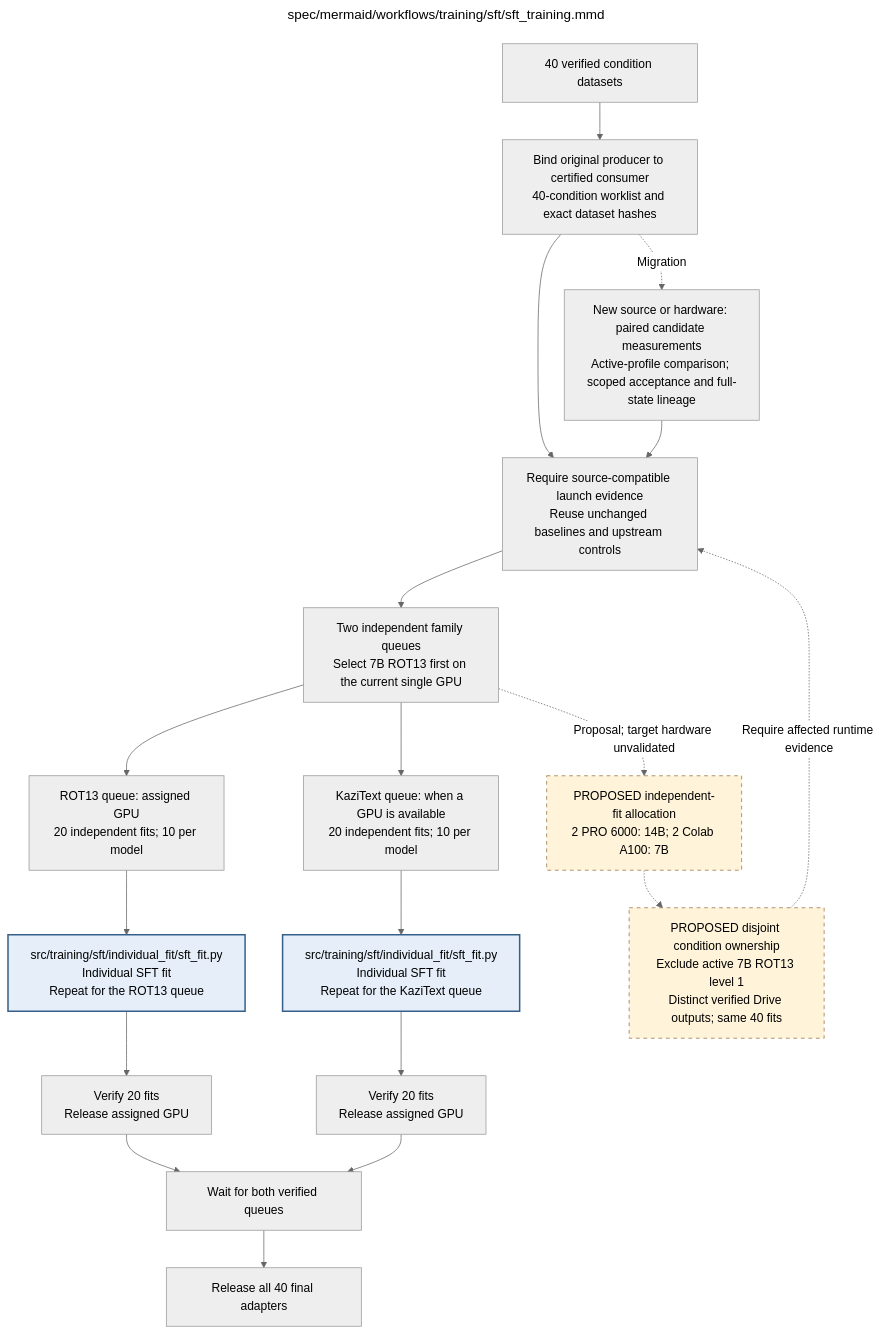
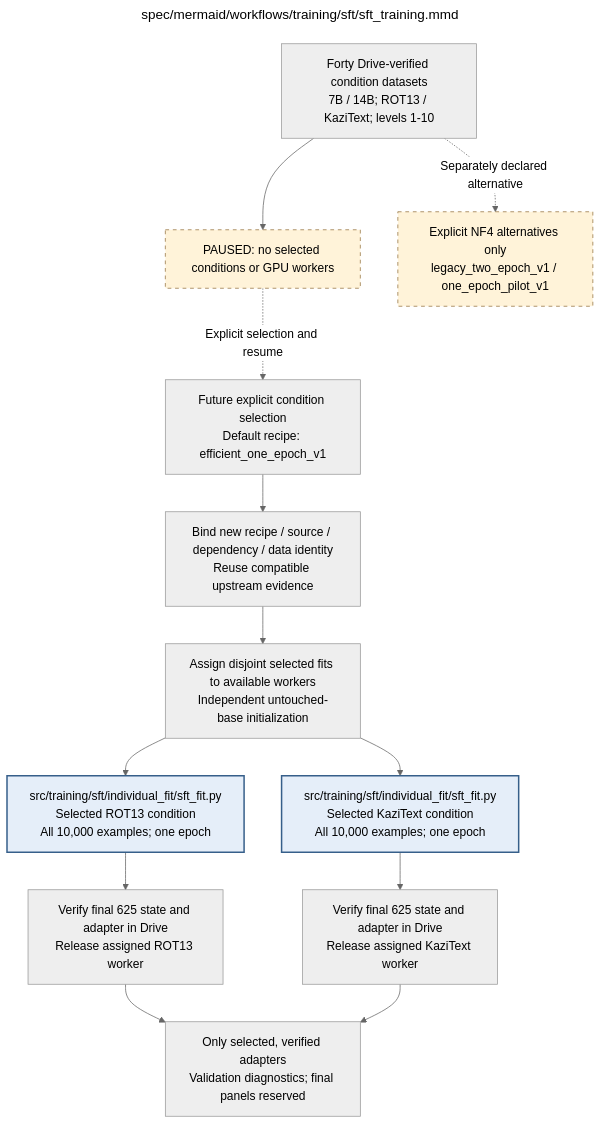
The diagram in docs/modules/training/sft/sft_training.md (AJUNNYC/inducing_persistent_textual_chain_of_thought_illegibility), drawn with Mermaid (neutral theme) before and after one commit. The commit also changed other lines of this file and 30 other files, not shown here.

Commit message:
Integrate final SFT decisions into protocol PDF, diagrams and documentation

````diff
--- a/docs/modules/training/sft/sft_training.md
+++ b/docs/modules/training/sft/sft_training.md
@@ -74,67 +83,43 @@
 ```mermaid
 ---
 title: "spec/mermaid/workflows/training/sft/sft_training.mmd"
 ---
 flowchart TD
-%% SFT training schedule
-%% Edit quoted node labels directly; this is native Mermaid source.
-%% Source 05f42b0 recovery accepted no recomputation only for 7B ROT13 level 1 on RTX PRO 6000 Blackwell 96GB.
-%% CUDA input caching failed speed; other conditions retain the original execution defaults.
-%% CE defaults to spatial_ce; source 6d21fff flat/fused forward candidates failed numerical bounds.
-%% Source 218900d accepted stock spatial forward/tiled backward only for 7B ROT13 level 1 on Blackwell96GB.
-%% Historical source 218900d inherited step 401 with preserved parent checkpoints and verified Drive state.
-%% Source a6e3295 accepted spatial_scheduled_ce for the same selected condition; serial FP32 forward order retained.
-%% Two counterbalanced step-509 pairs passed bitwise state/RNG and additional 24.70-24.98% median time reduction.
-%% Historical a6e3295 lineage began at step 509 with preserved parent bytes.
-%% Final source 07f8a68 copy-removal trial passed bitwise state/RNG but failed speed; rejected.
-%% Resume accepted a6e3295 from step 673 in the same existing lineage; no new migration.
-%% Optimization rounds are closed; all scientific settings and 40 planned fits are retained.
-%% PROPOSED only: two PRO 6000 workers for 14B and two Colab A100 workers for remaining 7B fits.
-%% Current 7B ROT13 level 1 stays owned; no duplicate condition, new deployment or A100/14B approval.
-%% Planning source: docs/sft_multi_gpu_execution_plan.md; forecasts are estimates, not benchmarks.
-%% Loss trials compare against active no recomputation; preserve latest full-state progress and RNG.
-%% Contract: ../../shared_procedures/recovery_procedure.mmd applies to execution failures.
-%% Each queue covers 7B and 14B at all 10 levels; fits are independent and start from untouched bases.
-%% Within each queue, select the next unfinished fit until all 20 are verified.
-%% Current certified launcher serializes selected model/levels on one GPU.
-%% Whole optimizer updates and full checkpoints must pass verified Drive barriers.
-%% Later adapter evaluation explicitly reuses the frozen vLLM measurement contract.
-%% Accepted execution evidence is scoped to one model/family/level; do not release the whole matrix from one screen.
-%% Migration inherits verified full-state progress and preserves parent checkpoint bytes.
-%% A failed fit stops that queue and yields a partial report; the other queue may finish valid work.
+%% Default efficient_one_epoch_v1 applies per explicitly selected fit.
+%% All forty conditions remain available; no model, family, level or GPU is selected.
+%% All training is PAUSED. No paid runtime allocation or benchmark campaign is implied.
+%% One epoch: all 10,000 examples once, 625 updates, cosine horizon 625, warmup 19.
+%% Declared baseline: BF16 base/head, exact full-gradient CCE, SDPA, plain AdamW.
+%% Completion-only per-example weighting, full 4096 targets, LoRA and effective batch remain fixed.
+%% Legacy NF4 one/two-epoch recipes retain separate source/configuration/state identities.
+%% Historical PRO/A100 partial checkpoints remain archives, never new-recipe warm starts.
+%% Native startup guards are not yet executed; 14B speed/memory remain unmeasured.
 %% Child: ROTFIT => individual_fit/sft_fit.mmd
 %% Child: KAZFIT => individual_fit/sft_fit.mmd
-    INPUT["40 verified condition datasets"]
-    CERT["Bind original producer to certified consumer<br/>40-condition worklist and exact dataset hashes"]
-    GATES["Require source-compatible launch evidence<br/>Reuse unchanged baselines and upstream controls"]
-    PLAN["Two independent family queues<br/>Select 7B ROT13 first on the current single GPU"]
-    ROT["ROT13 queue: assigned GPU<br/>20 independent fits; 10 per model"]
-    KAZ["KaziText queue: when a GPU is available<br/>20 independent fits; 10 per model"]
-    ROTFIT["src/training/sft/individual_fit/sft_fit.py<br/>Individual SFT fit<br/>Repeat for the ROT13 queue"]
-    KAZFIT["src/training/sft/individual_fit/sft_fit.py<br/>Individual SFT fit<br/>Repeat for the KaziText queue"]
-    ROTDONE["Verify 20 fits<br/>Release assigned GPU"]
-    KAZDONE["Verify 20 fits<br/>Release assigned GPU"]
-    WAIT["Wait for both verified queues"]
-    OUT["Release all 40 final adapters"]
-    BENCH["New source or hardware: paired candidate measurements<br/>Active-profile comparison; scoped acceptance and full-state lineage"]
-    PROPOSED["PROPOSED independent-fit allocation<br/>2 PRO 6000: 14B; 2 Colab A100: 7B"]
-    OWNERS["PROPOSED disjoint condition ownership<br/>Exclude active 7B ROT13 level 1<br/>Distinct verified Drive outputs; same 40 fits"]
-    PLAN -.->|Proposal; target hardware unvalidated| PROPOSED
-    PROPOSED -.-> OWNERS
-    OWNERS -.->|Require affected runtime evidence| GATES
-    INPUT --> CERT --> GATES --> PLAN
-    CERT -.->|Migration| BENCH --> GATES
-    PLAN --> ROT --> ROTFIT --> ROTDONE --> WAIT
-    PLAN --> KAZ --> KAZFIT --> KAZDONE --> WAIT
-    WAIT --> OUT
+    INPUT["Forty Drive-verified condition datasets<br/>7B / 14B; ROT13 / KaziText; levels 1-10"]
+    PAUSE["PAUSED: no selected conditions or GPU workers"]
+    SELECT["Future explicit condition selection<br/>Default recipe: efficient_one_epoch_v1"]
+    BIND["Bind new recipe / source / dependency / data identity<br/>Reuse compatible upstream evidence"]
+    PLAN["Assign disjoint selected fits to available workers<br/>Independent untouched-base initialization"]
+    ROTFIT["src/training/sft/individual_fit/sft_fit.py<br/>Selected ROT13 condition<br/>All 10,000 examples; one epoch"]
+    KAZFIT["src/training/sft/individual_fit/sft_fit.py<br/>Selected KaziText condition<br/>All 10,000 examples; one epoch"]
+    ROTDONE["Verify final 625 state and adapter in Drive<br/>Release assigned ROT13 worker"]
+    KAZDONE["Verify final 625 state and adapter in Drive<br/>Release assigned KaziText worker"]
+    OUT["Only selected, verified adapters<br/>Validation diagnostics; final panels reserved"]
+    LEGACY["Explicit NF4 alternatives only<br/>legacy_two_epoch_v1 / one_epoch_pilot_v1"]
+    INPUT --> PAUSE
+    PAUSE -.->|Explicit selection and resume| SELECT --> BIND --> PLAN
+    PLAN --> ROTFIT --> ROTDONE --> OUT
+    PLAN --> KAZFIT --> KAZDONE --> OUT
+    INPUT -.->|Separately declared alternative| LEGACY
     classDef detail fill:#e5eef9,stroke:#365f8a,stroke-width:2px
     class ROTFIT,KAZFIT detail
-    classDef proposal fill:#fff3d9,stroke:#95733f,stroke-dasharray:5 5
-    class PROPOSED,OWNERS proposal
+    classDef stop fill:#fff3d9,stroke:#95733f,stroke-dasharray:5 5
+    class PAUSE,LEGACY stop
 
 %% Repository module: src/training/sft/sft_training.py
 %% Module documentation: docs/modules/training/sft/sft_training.md
 %% Unit test: tests/unit/training/sft/test_sft_training.py
 %% Owner: sft
-%% Source sections: C.2; E.1.1–E.1.3; E.2.2,E.2.5
+%% Source sections: C.2; E.1.1-E.1.3; E.2.2,E.2.5; authorized efficient redesign
 ```
````
